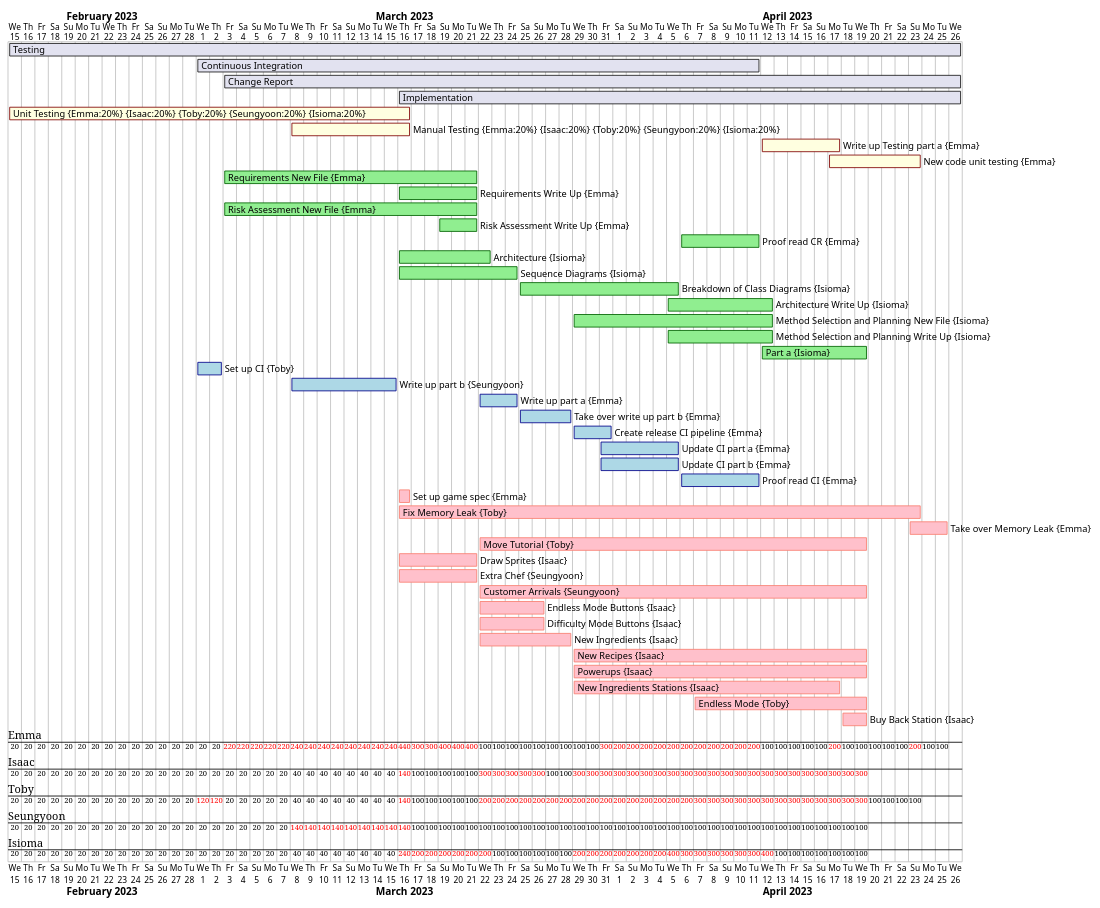
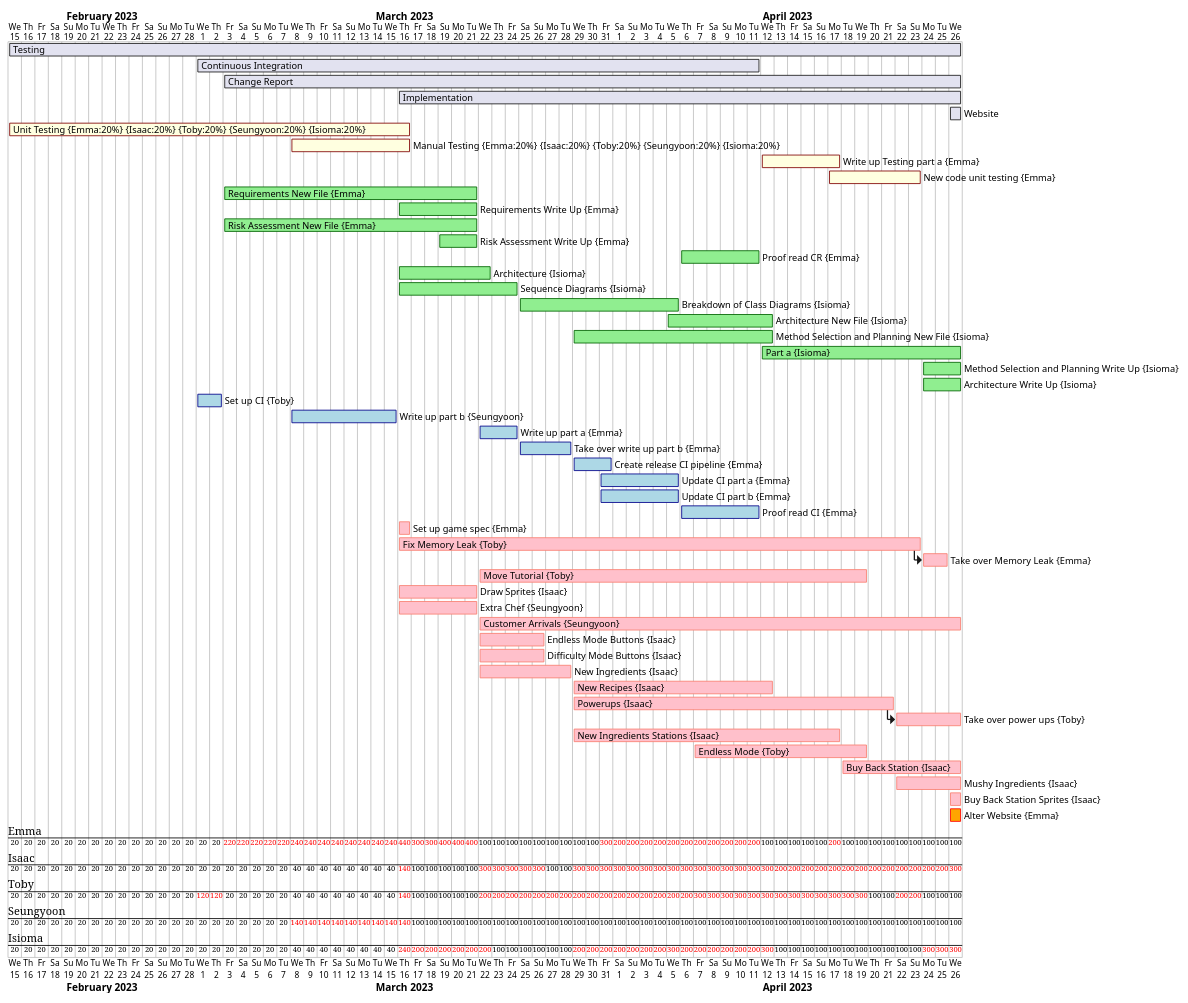
Before and after one commit to AsimovENG1/project_eng1_team3: the diagram in gantts/Week10.puml, drawn with PlantUML. The commit also changed 3 other files, not shown here.

Commit message:
Changing gantt charts to meet work

```diff
--- a/gantts/Week10.puml
+++ b/gantts/Week10.puml
@@ -1,56 +1,66 @@
 @startgantt
 
  Project starts 2023-02-15
 
  [Testing] starts 2023-02-15
  [Testing] lasts 71 days
  [Continuous Integration] starts 2023-03-01
  [Continuous Integration] lasts 42 days
  [Change Report] starts 2023-03-03
  [Change Report] lasts 55 days
  [Implementation] starts 2023-03-16
  [Implementation] lasts 42 days
+ [Website] starts 2023-04-26
+ [Website] lasts 1 days
+
 
  [Unit Testing] on {Emma:20%} {Isaac:20%} {Toby:20%} {Seungyoon:20%} {Isioma:20%} starts 2023-02-15 and ends 2023-03-16 and is colored in LightYellow/Maroon
  [Manual Testing] on {Emma:20%} {Isaac:20%} {Toby:20%} {Seungyoon:20%} {Isioma:20%} starts 2023-03-08 and ends 2023-03-16 and is colored in LightYellow/Maroon
  [Write up Testing part a] on {Emma:100%} starts 2023-04-12 and ends 2023-04-17  and is colored in LightYellow/Maroon
  [New code unit testing] on {Emma:100%} starts 2023-04-17 and ends 2023-04-23  and is colored in LightYellow/Maroon
 
  [Requirements New File] on {Emma:100%} starts 2023-03-03 and ends 2023-03-21 and is colored in LightGreen/DarkGreen
  [Requirements Write Up] on {Emma:100%} starts 2023-03-16 and ends 2023-03-21 and is colored in LightGreen/DarkGreen
  [Risk Assessment New File] on {Emma:100%} starts 2023-03-03 and ends 2023-03-21 and is colored in LightGreen/DarkGreen
  [Risk Assessment Write Up] on {Emma:100%} starts 2023-03-19 and ends 2023-03-21 and is colored in LightGreen/DarkGreen
  [Proof read CR] on {Emma:100%} starts 2023-04-06 and ends 2023-04-11 and is colored in LightGreen/DarkGreen
  [Architecture] on {Isioma:100%} starts 2023-03-16 and ends 2023-03-22 and is colored in LightGreen/DarkGreen
  [Sequence Diagrams] on {Isioma:100%} starts 2023-03-16 and ends 2023-03-24 and is colored in LightGreen/DarkGreen
  [Breakdown of Class Diagrams] on {Isioma:100%} starts 2023-03-25 and ends 2023-04-05 and is colored in LightGreen/DarkGreen
- [Architecture Write Up] on {Isioma:100%} starts 2023-04-05 and ends 2023-04-12 and is colored in LightGreen/DarkGreen
+ [Architecture New File] on {Isioma:100%} starts 2023-04-05 and ends 2023-04-12 and is colored in LightGreen/DarkGreen
  [Method Selection and Planning New File] on {Isioma:100%} starts 2023-03-29 and ends 2023-04-12 and is colored in LightGreen/DarkGreen
- [Method Selection and Planning Write Up] on {Isioma:100%} starts 2023-04-05 and ends 2023-04-12 and is colored in LightGreen/DarkGreen
- [Part a] on {Isioma:100%} starts 2023-04-12 and ends 2023-04-19 and is colored in LightGreen/DarkGreen
+
+ [Part a] on {Isioma:100%} starts 2023-04-12 and ends 2023-04-26 and is colored in LightGreen/DarkGreen
+ [Method Selection and Planning Write Up] on {Isioma:100%} starts 2023-04-24 and ends 2023-04-26 and is colored in LightGreen/DarkGreen
+ [Architecture Write Up] on {Isioma:100%} starts 2023-04-24 and ends 2023-04-26 and is colored in LightGreen/DarkGreen
 
  [Set up CI] on {Toby:100%} starts 2023-03-01 and ends 2023-03-02 and is colored in LightBlue/DarkBlue
  [Write up part b] on {Seungyoon:100%} starts 2023-03-08 and ends 2023-03-15 and is colored in LightBlue/DarkBlue
  [Write up part a] on {Emma:100%} starts 2023-03-22 and ends 2023-03-24 and is colored in LightBlue/DarkBlue
  [Take over write up part b] on {Emma:100%} starts 2023-03-25 and ends 2023-03-28 and is colored in LightBlue/DarkBlue
  [Create release CI pipeline] on {Emma:100%} starts 2023-03-29 and ends 2023-03-31 and is colored in LightBlue/DarkBlue
  [Update CI part a] on {Emma:100%} starts 2023-03-31 and ends 2023-04-05 and is colored in LightBlue/DarkBlue
  [Update CI part b] on {Emma:100%} starts 2023-03-31 and ends 2023-04-05 and is colored in LightBlue/DarkBlue
  [Proof read CI] on {Emma:100%} starts 2023-04-06 and ends 2023-04-11 and is colored in LightBlue/DarkBlue
 
  [Set up game spec] on {Emma:100%} starts 2023-03-16 and ends 2023-03-16 and is colored in Pink/Salmon
  [Fix Memory Leak] on {Toby:100%} starts 2023-03-16 and ends 2023-04-23 and is colored in Pink/Salmon
- [Take over Memory Leak] on {Emma:100%} starts 2023-04-23 and ends 2023-04-25 and is colored in Pink/Salmon
+ [Take over Memory Leak] on {Emma:100%} starts at [Fix Memory Leak]'s end and ends 2023-04-25 and is colored in Pink/Salmon
  [Move Tutorial] on {Toby:100%} starts 2023-03-22 and ends 2023-04-19 and is colored in Pink/Salmon
  [Draw Sprites] on {Isaac:100%} starts 2023-03-16 and ends 2023-03-21 and is colored in Pink/Salmon
  [Extra Chef] on {Seungyoon:100%} starts 2023-03-16 and ends 2023-03-21 and is colored in Pink/Salmon
- [Customer Arrivals] on {Seungyoon:100%} starts 2023-03-22 and ends 2023-04-19 and is colored in Pink/Salmon
+ [Customer Arrivals] on {Seungyoon:100%} starts 2023-03-22 and ends 2023-04-26 and is colored in Pink/Salmon
  [Endless Mode Buttons] on {Isaac:100%} starts 2023-03-22 and ends 2023-03-26 and is colored in Pink/Salmon
  [Difficulty Mode Buttons] on {Isaac:100%} starts 2023-03-22 and ends 2023-03-26 and is colored in Pink/Salmon
  [New Ingredients] on {Isaac:100%} starts 2023-03-22 and ends 2023-03-28 and is colored in Pink/Salmon
- [New Recipes] on {Isaac:100%} starts 2023-03-29 and ends 2023-04-19 and is colored in Pink/Salmon
- [Powerups] on {Isaac:100%} starts 2023-03-29 and ends 2023-04-19 and is colored in Pink/Salmon
+ [New Recipes] on {Isaac:100%} starts 2023-03-29 and ends 2023-04-12 and is colored in Pink/Salmon
+ [Powerups] on {Isaac:100%} starts 2023-03-29 and ends 2023-04-21 and is colored in Pink/Salmon
+ [Take over power ups] on {Toby:100%} starts at [Powerups]'s end and ends 2023-04-26 and is colored in Pink/Salmon
  [New Ingredients Stations] on {Isaac:100%} starts 2023-03-29 and ends 2023-04-17 and is colored in Pink/Salmon
  [Endless Mode] on {Toby:100%} starts 2023-04-07 and ends 2023-04-19 and is colored in Pink/Salmon
- [Buy Back Station] on {Isaac:100%} starts 2023-04-18 and ends 2023-04-19 and is colored in Pink/Salmon
+ [Buy Back Station] on {Isaac:100%} starts 2023-04-18 and ends 2023-04-26 and is colored in Pink/Salmon
+ [Mushy Ingredients] on {Isaac:100%} starts 2023-04-22 and ends 2023-04-26 and is colored in Pink/Salmon
+ [Buy Back Station Sprites] on {Isaac:100%} starts 2023-04-26 and ends 2023-04-26 and is colored in Pink/Salmon
+
+ [Alter Website] on {Emma:100%} starts 2023-04-26 and ends 2023-04-26 and is colored in Orange/Red
  @endgantt
```
